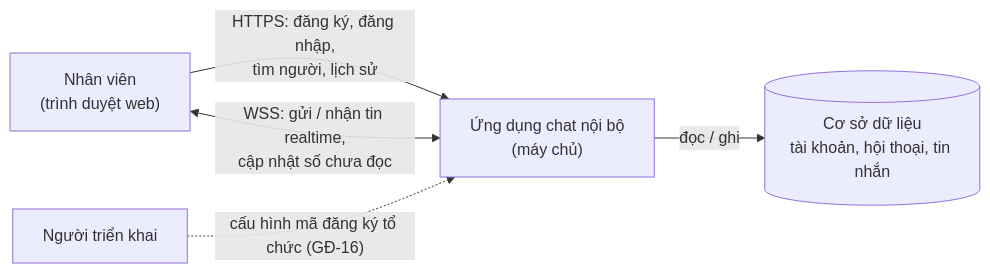
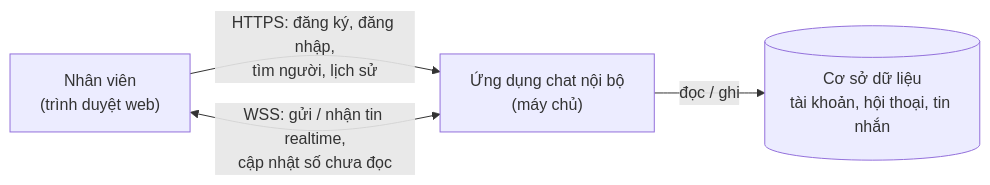
Before and after one commit to quangdungnguyen1983/chat-nhom-2: the diagram in 02-srs.md, drawn with Mermaid. The commit also changed other lines of this file and 29 other files, not shown here.

First line of the commit message:
Bỏ hẳn "Mã đăng ký tổ chức": đăng ký tự do

````diff
--- a/02-srs.md
+++ b/02-srs.md
@@ -65,7 +64,6 @@
 ```mermaid
 flowchart LR
     NV["Nhân viên<br/>(trình duyệt web)"] -- "HTTPS: đăng ký, đăng nhập,<br/>tìm người, lịch sử" --> HT["Ứng dụng chat nội bộ<br/>(máy chủ)"]
     NV <-- "WSS: gửi / nhận tin realtime,<br/>cập nhật số chưa đọc" --> HT
     HT -- "đọc / ghi" --> CSDL[("Cơ sở dữ liệu<br/>tài khoản, hội thoại, tin nhắn")]
-    TK["Người triển khai"] -. "cấu hình mã đăng ký tổ chức (GĐ-16)" .-> HT
 ```
````
